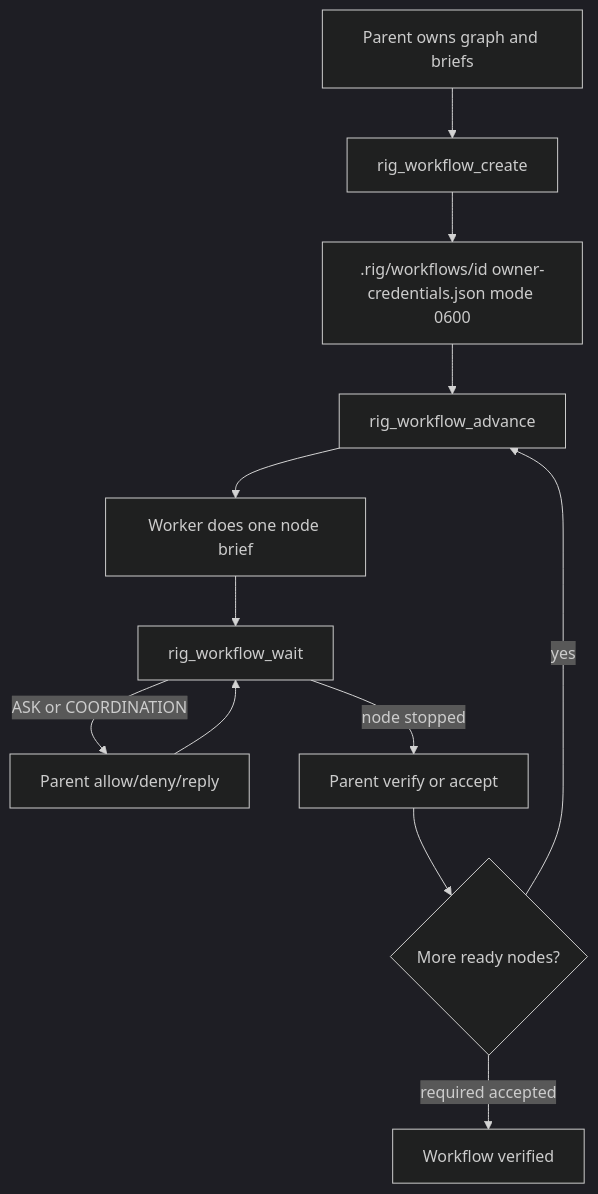
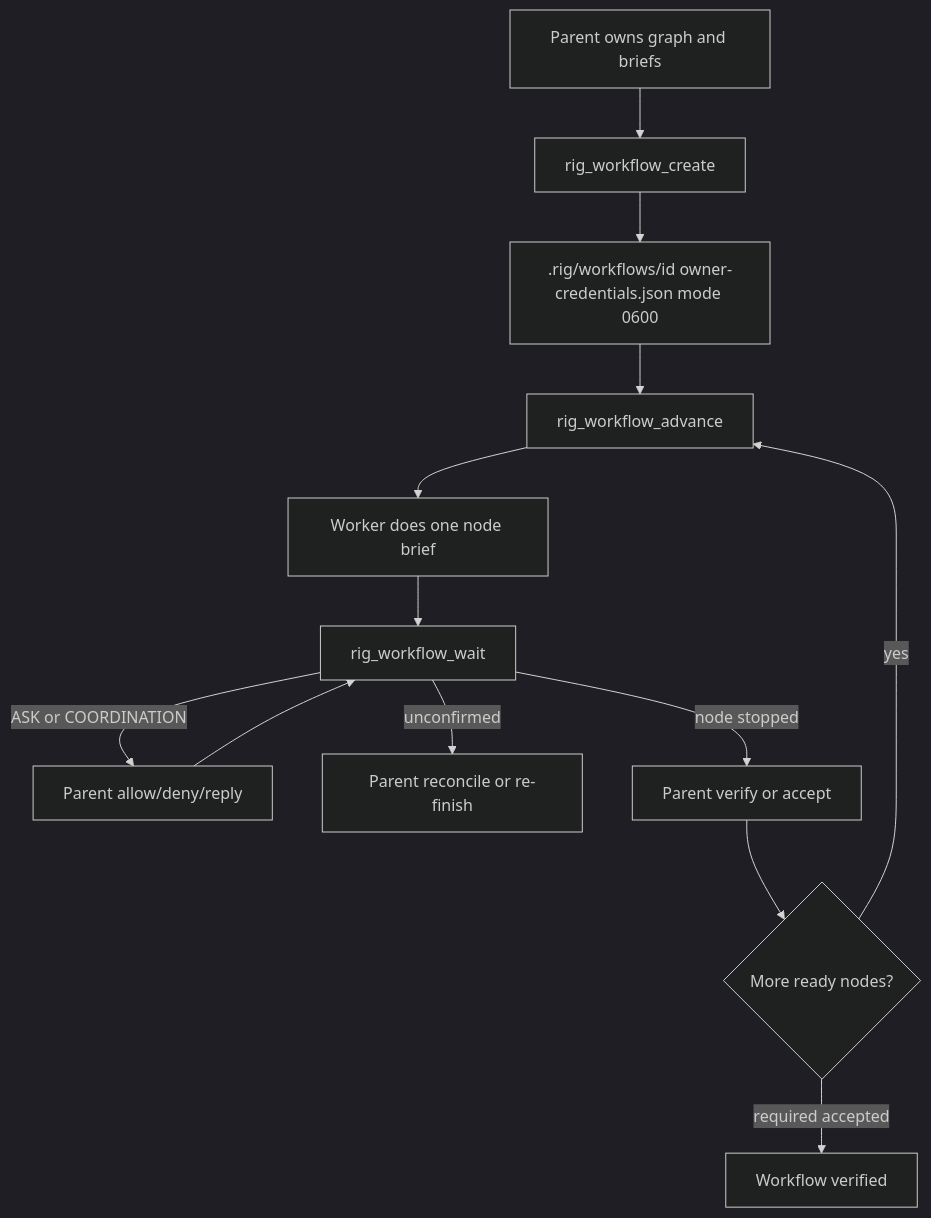
The second of 3 diagrams in docs/rig-flow.md (Brasth/Rig), drawn with Mermaid (dark theme) before and after one commit. The commit also changed other lines of this file and 19 other files, not shown here.

````diff
--- a/docs/rig-flow.md
+++ b/docs/rig-flow.md
@@ -43,14 +43,15 @@
 ```mermaid
 flowchart TD
     parent[Parent owns graph and briefs] --> create[rig_workflow_create]
     create --> creds[".rig/workflows/id owner-credentials.json mode 0600"]
     creds --> advance[rig_workflow_advance]
     advance --> child[Worker does one node brief]
     child --> wait[rig_workflow_wait]
     wait -->|ASK or COORDINATION| parentAct[Parent allow/deny/reply]
     parentAct --> wait
+    wait -->|unconfirmed| reconcile[Parent reconcile or re-finish]
     wait -->|node stopped| accept[Parent verify or accept]
     accept --> next{More ready nodes?}
     next -->|yes| advance
     next -->|required accepted| verified[Workflow verified]
 ```
````
